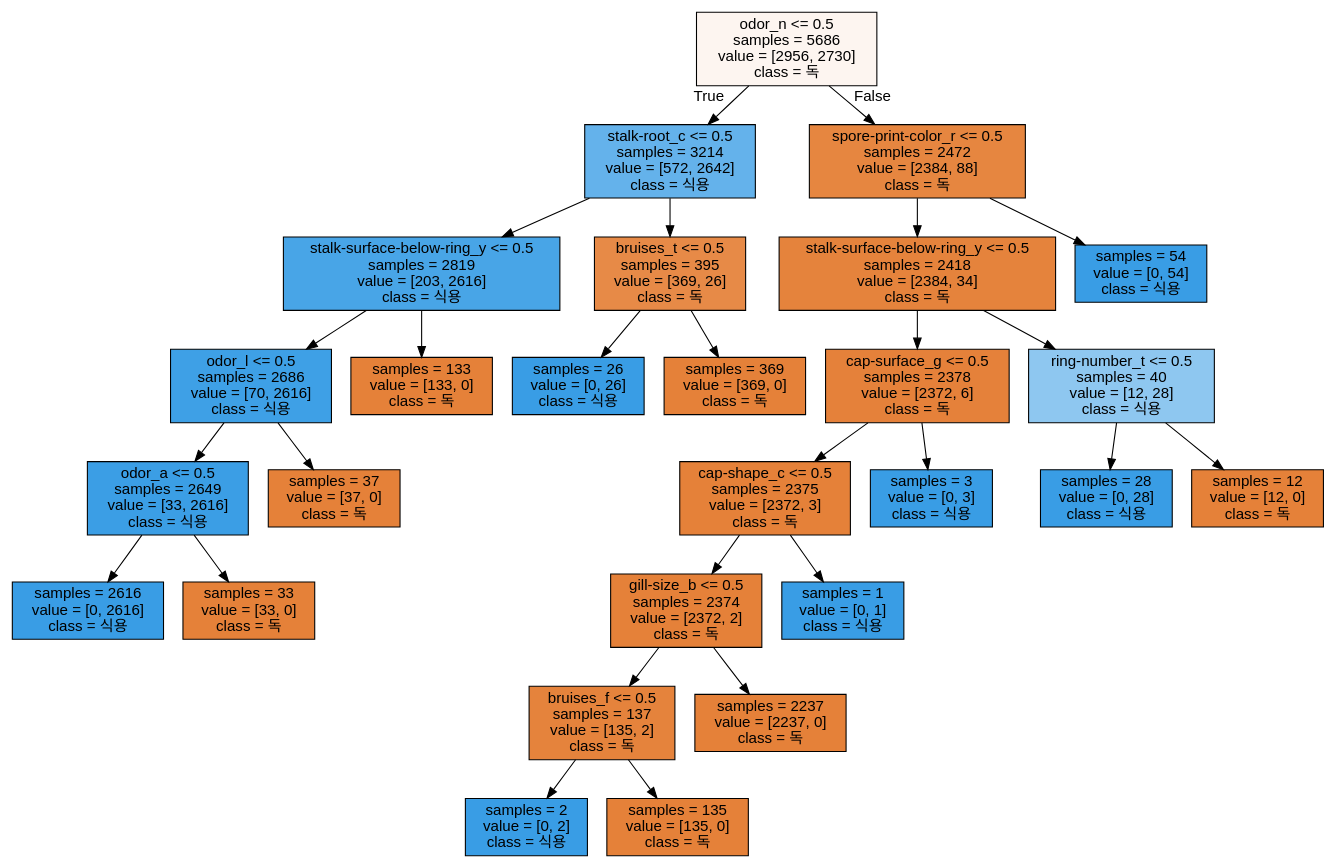
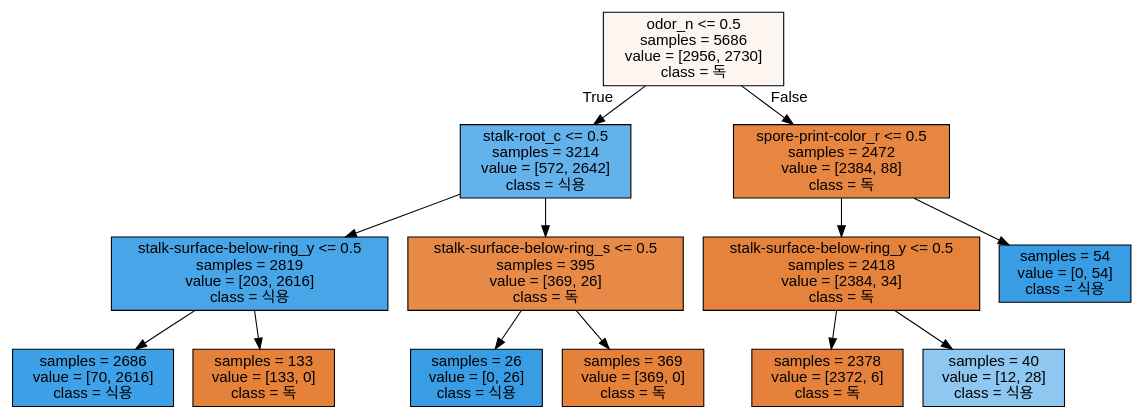
The diagram in Pythonstudy/Machine Learning/tree.dot (truffleToast/Aishool), drawn with Graphviz before and after one commit. The commit also changed 481 other files, not shown here.

```diff
--- a/Pythonstudy/Machine Learning/tree.dot
+++ b/Pythonstudy/Machine Learning/tree.dot
@@ -1,57 +1,29 @@
 digraph Tree {
 node [shape=box, style="filled", color="black", fontname="helvetica"] ;
 edge [fontname="helvetica"] ;
 0 [label="odor_n <= 0.5\nsamples = 5686\nvalue = [2956, 2730]\nclass = 독", fillcolor="#fdf5f0"] ;
 1 [label="stalk-root_c <= 0.5\nsamples = 3214\nvalue = [572, 2642]\nclass = 식용", fillcolor="#64b2eb"] ;
 0 -> 1 [labeldistance=2.5, labelangle=45, headlabel="True"] ;
 2 [label="stalk-surface-below-ring_y <= 0.5\nsamples = 2819\nvalue = [203, 2616]\nclass = 식용", fillcolor="#48a5e7"] ;
 1 -> 2 ;
-3 [label="odor_l <= 0.5\nsamples = 2686\nvalue = [70, 2616]\nclass = 식용", fillcolor="#3ea0e6"] ;
+3 [label="samples = 2686\nvalue = [70, 2616]\nclass = 식용", fillcolor="#3ea0e6"] ;
 2 -> 3 ;
-4 [label="odor_a <= 0.5\nsamples = 2649\nvalue = [33, 2616]\nclass = 식용", fillcolor="#3b9ee5"] ;
-3 -> 4 ;
-5 [label="samples = 2616\nvalue = [0, 2616]\nclass = 식용", fillcolor="#399de5"] ;
-4 -> 5 ;
-6 [label="samples = 33\nvalue = [33, 0]\nclass = 독", fillcolor="#e58139"] ;
-4 -> 6 ;
-7 [label="samples = 37\nvalue = [37, 0]\nclass = 독", fillcolor="#e58139"] ;
-3 -> 7 ;
-8 [label="samples = 133\nvalue = [133, 0]\nclass = 독", fillcolor="#e58139"] ;
-2 -> 8 ;
-9 [label="bruises_t <= 0.5\nsamples = 395\nvalue = [369, 26]\nclass = 독", fillcolor="#e78a47"] ;
-1 -> 9 ;
-10 [label="samples = 26\nvalue = [0, 26]\nclass = 식용", fillcolor="#399de5"] ;
+4 [label="samples = 133\nvalue = [133, 0]\nclass = 독", fillcolor="#e58139"] ;
+2 -> 4 ;
+5 [label="stalk-surface-below-ring_s <= 0.5\nsamples = 395\nvalue = [369, 26]\nclass = 독", fillcolor="#e78a47"] ;
+1 -> 5 ;
+6 [label="samples = 26\nvalue = [0, 26]\nclass = 식용", fillcolor="#399de5"] ;
+5 -> 6 ;
+7 [label="samples = 369\nvalue = [369, 0]\nclass = 독", fillcolor="#e58139"] ;
+5 -> 7 ;
+8 [label="spore-print-color_r <= 0.5\nsamples = 2472\nvalue = [2384, 88]\nclass = 독", fillcolor="#e68640"] ;
+0 -> 8 [labeldistance=2.5, labelangle=-45, headlabel="False"] ;
+9 [label="stalk-surface-below-ring_y <= 0.5\nsamples = 2418\nvalue = [2384, 34]\nclass = 독", fillcolor="#e5833c"] ;
+8 -> 9 ;
+10 [label="samples = 2378\nvalue = [2372, 6]\nclass = 독", fillcolor="#e5813a"] ;
 9 -> 10 ;
-11 [label="samples = 369\nvalue = [369, 0]\nclass = 독", fillcolor="#e58139"] ;
+11 [label="samples = 40\nvalue = [12, 28]\nclass = 식용", fillcolor="#8ec7f0"] ;
 9 -> 11 ;
-12 [label="spore-print-color_r <= 0.5\nsamples = 2472\nvalue = [2384, 88]\nclass = 독", fillcolor="#e68640"] ;
-0 -> 12 [labeldistance=2.5, labelangle=-45, headlabel="False"] ;
-13 [label="stalk-surface-below-ring_y <= 0.5\nsamples = 2418\nvalue = [2384, 34]\nclass = 독", fillcolor="#e5833c"] ;
-12 -> 13 ;
-14 [label="cap-surface_g <= 0.5\nsamples = 2378\nvalue = [2372, 6]\nclass = 독", fillcolor="#e5813a"] ;
-13 -> 14 ;
-15 [label="cap-shape_c <= 0.5\nsamples = 2375\nvalue = [2372, 3]\nclass = 독", fillcolor="#e58139"] ;
-14 -> 15 ;
-16 [label="gill-size_b <= 0.5\nsamples = 2374\nvalue = [2372, 2]\nclass = 독", fillcolor="#e58139"] ;
-15 -> 16 ;
-17 [label="bruises_f <= 0.5\nsamples = 137\nvalue = [135, 2]\nclass = 독", fillcolor="#e5833c"] ;
-16 -> 17 ;
-18 [label="samples = 2\nvalue = [0, 2]\nclass = 식용", fillcolor="#399de5"] ;
-17 -> 18 ;
-19 [label="samples = 135\nvalue = [135, 0]\nclass = 독", fillcolor="#e58139"] ;
-17 -> 19 ;
-20 [label="samples = 2237\nvalue = [2237, 0]\nclass = 독", fillcolor="#e58139"] ;
-16 -> 20 ;
-21 [label="samples = 1\nvalue = [0, 1]\nclass = 식용", fillcolor="#399de5"] ;
-15 -> 21 ;
-22 [label="samples = 3\nvalue = [0, 3]\nclass = 식용", fillcolor="#399de5"] ;
-14 -> 22 ;
-23 [label="ring-number_t <= 0.5\nsamples = 40\nvalue = [12, 28]\nclass = 식용", fillcolor="#8ec7f0"] ;
-13 -> 23 ;
-24 [label="samples = 28\nvalue = [0, 28]\nclass = 식용", fillcolor="#399de5"] ;
-23 -> 24 ;
-25 [label="samples = 12\nvalue = [12, 0]\nclass = 독", fillcolor="#e58139"] ;
-23 -> 25 ;
-26 [label="samples = 54\nvalue = [0, 54]\nclass = 식용", fillcolor="#399de5"] ;
-12 -> 26 ;
+12 [label="samples = 54\nvalue = [0, 54]\nclass = 식용", fillcolor="#399de5"] ;
+8 -> 12 ;
 }
```
